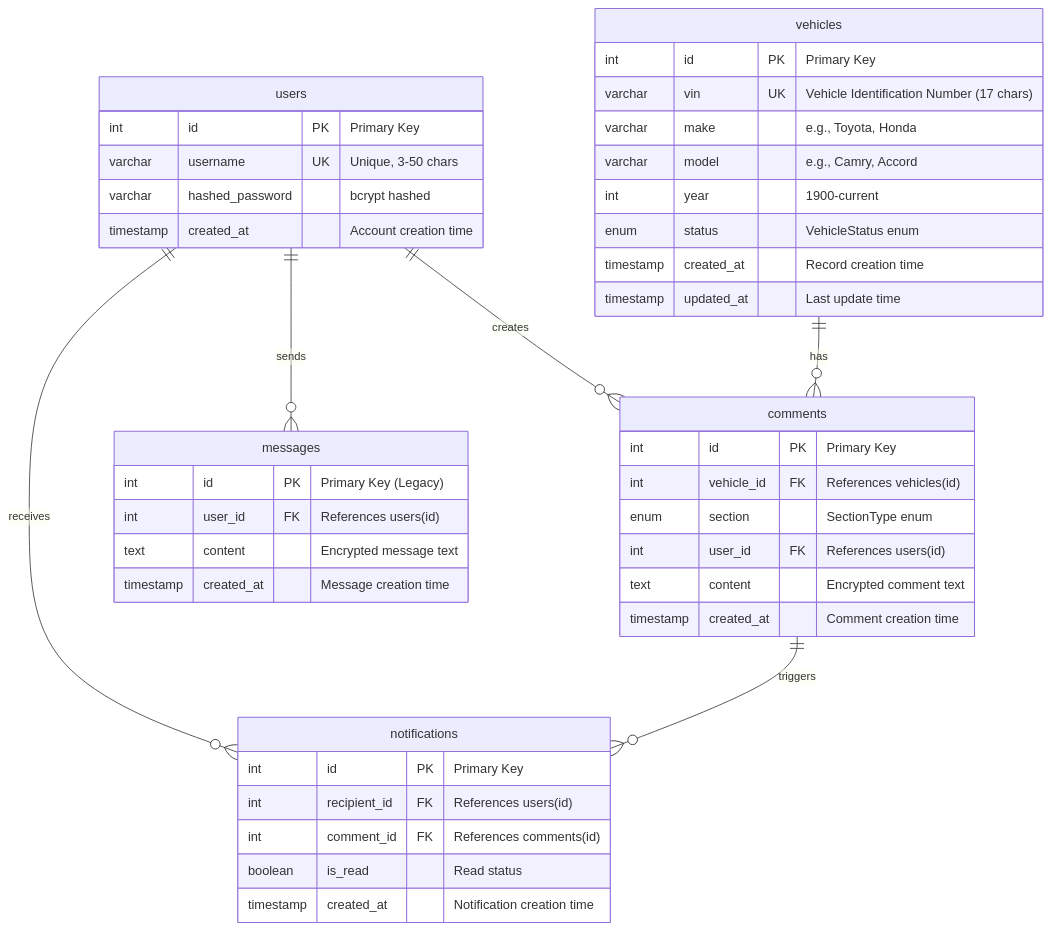
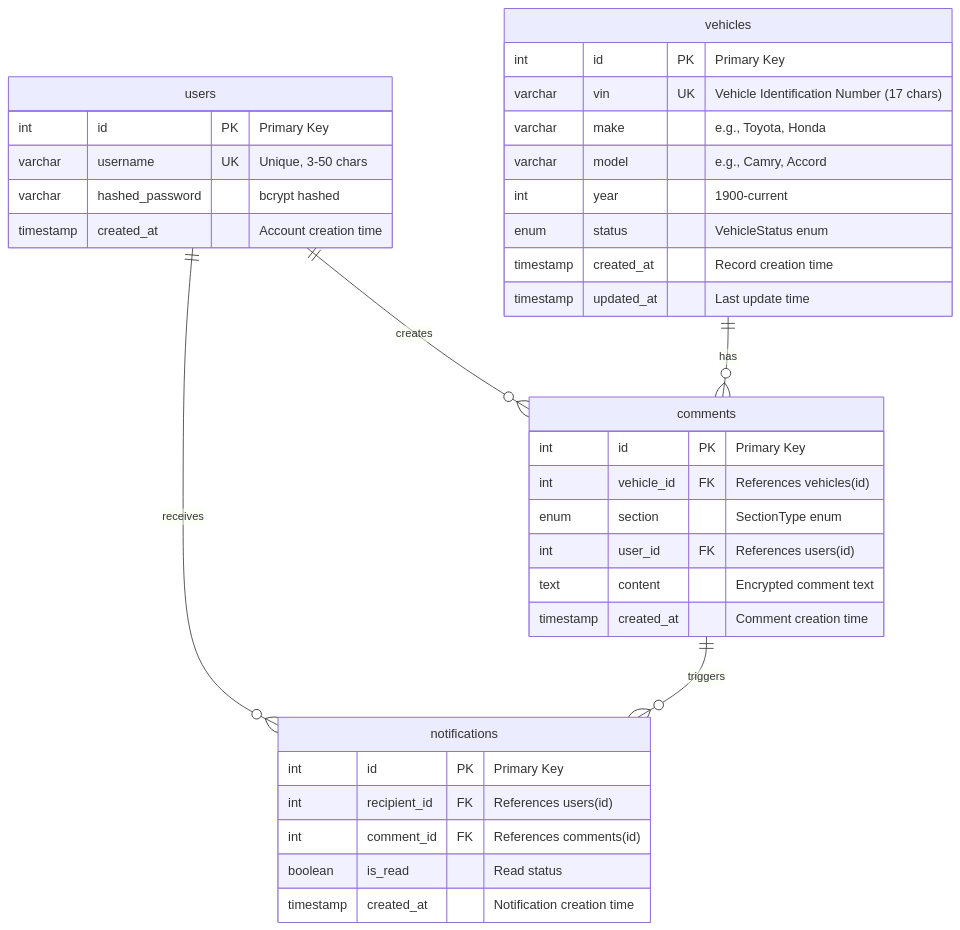
Before and after one commit to raphaelkathambana/test-fastapi-chat-backend: the diagram in database_schema.mermaid, drawn with Mermaid. The commit also changed 9 other files, not shown here.

First line of the commit message:
Remove legacy messages system, keep sections as enum

```diff
--- a/database_schema.mermaid
+++ b/database_schema.mermaid
@@ -1,48 +1,40 @@
 erDiagram
     users ||--o{ comments : "creates"
     users ||--o{ notifications : "receives"
-    users ||--o{ messages : "sends"
     vehicles ||--o{ comments : "has"
     comments ||--o{ notifications : "triggers"
 
     users {
         int id PK "Primary Key"
         varchar username UK "Unique, 3-50 chars"
         varchar hashed_password "bcrypt hashed"
         timestamp created_at "Account creation time"
     }
 
     vehicles {
         int id PK "Primary Key"
         varchar vin UK "Vehicle Identification Number (17 chars)"
         varchar make "e.g., Toyota, Honda"
         varchar model "e.g., Camry, Accord"
         int year "1900-current"
         enum status "VehicleStatus enum"
         timestamp created_at "Record creation time"
         timestamp updated_at "Last update time"
     }
 
     comments {
         int id PK "Primary Key"
         int vehicle_id FK "References vehicles(id)"
         enum section "SectionType enum"
         int user_id FK "References users(id)"
         text content "Encrypted comment text"
         timestamp created_at "Comment creation time"
     }
 
     notifications {
         int id PK "Primary Key"
         int recipient_id FK "References users(id)"
         int comment_id FK "References comments(id)"
         boolean is_read "Read status"
         timestamp created_at "Notification creation time"
     }
-
-    messages {
-        int id PK "Primary Key (Legacy)"
-        int user_id FK "References users(id)"
-        text content "Encrypted message text"
-        timestamp created_at "Message creation time"
-    }
```
